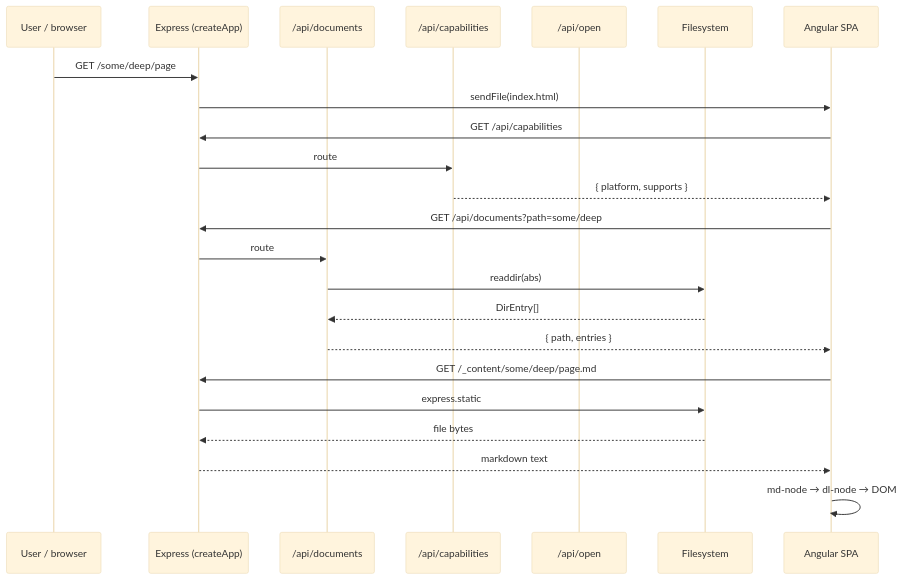
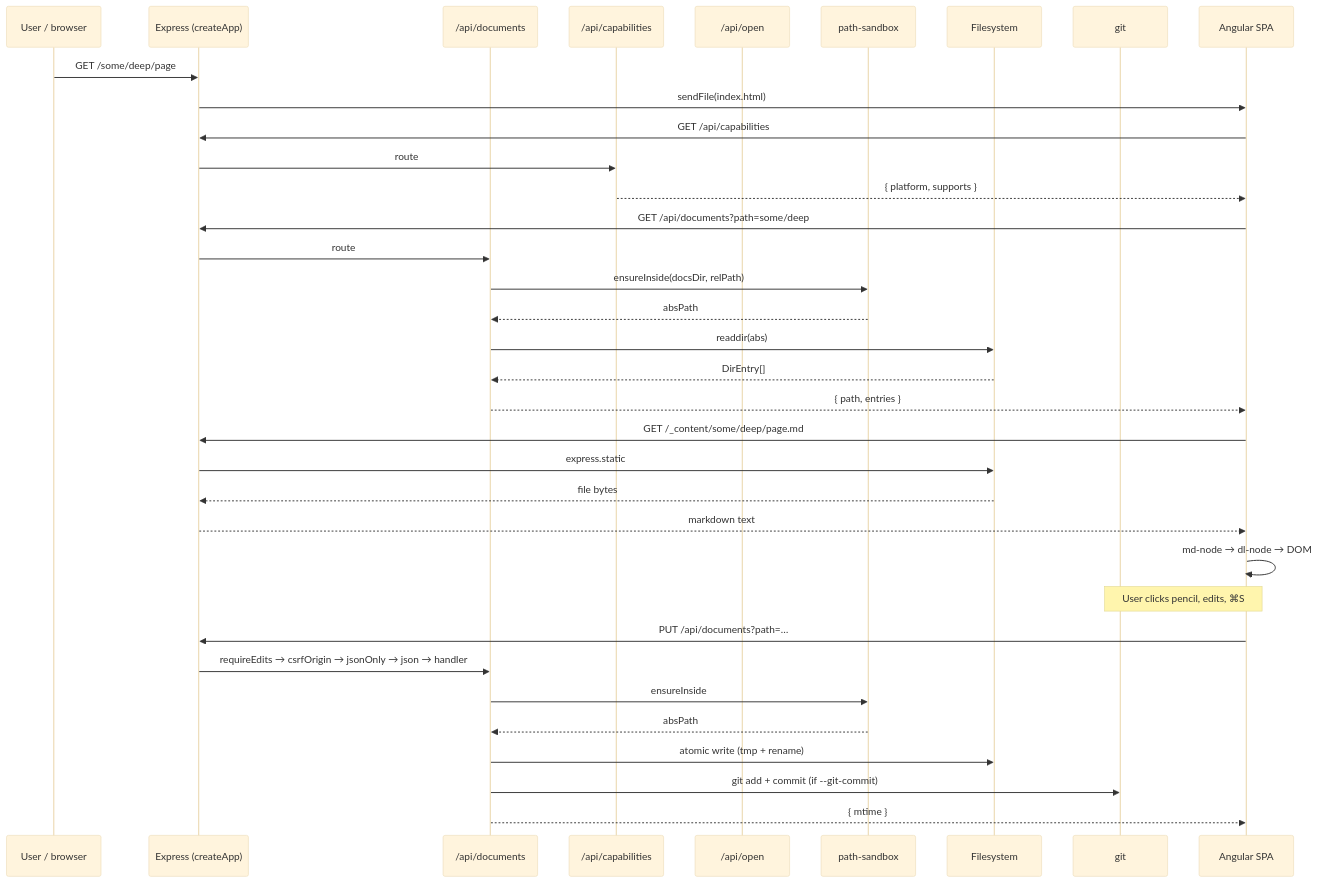
The first of 2 diagrams in docs/architecture/server.md (MorizMensi/grove), drawn with Mermaid (base theme) before and after one commit. The commit also changed other lines of this file and 23 other files, not shown here.

````diff
--- a/docs/architecture/server.md
+++ b/docs/architecture/server.md
@@ -18,26 +21,38 @@
 ```mermaid
 sequenceDiagram
   participant U as User / browser
   participant E as Express (createApp)
   participant D as /api/documents
   participant C as /api/capabilities
   participant O as /api/open
+  participant PS as path-sandbox
   participant FS as Filesystem
+  participant G as git
   participant SPA as Angular SPA
 
   U->>E: GET /some/deep/page
   E->>SPA: sendFile(index.html)
   SPA->>E: GET /api/capabilities
   E->>C: route
   C-->>SPA: { platform, supports }
   SPA->>E: GET /api/documents?path=some/deep
   E->>D: route
+  D->>PS: ensureInside(docsDir, relPath)
+  PS-->>D: absPath
   D->>FS: readdir(abs)
   FS-->>D: DirEntry[]
   D-->>SPA: { path, entries }
   SPA->>E: GET /_content/some/deep/page.md
   E->>FS: express.static
   FS-->>E: file bytes
   E-->>SPA: markdown text
   SPA->>SPA: md-node → dl-node → DOM
+  Note over SPA,G: User clicks pencil, edits, ⌘S
+  SPA->>E: PUT /api/documents?path=…
+  E->>D: requireEdits → csrfOrigin → jsonOnly → json → handler
+  D->>PS: ensureInside
+  PS-->>D: absPath
+  D->>FS: atomic write (tmp + rename)
+  D->>G: git add + commit (if --git-commit)
+  D-->>SPA: { mtime }
 ```
````
